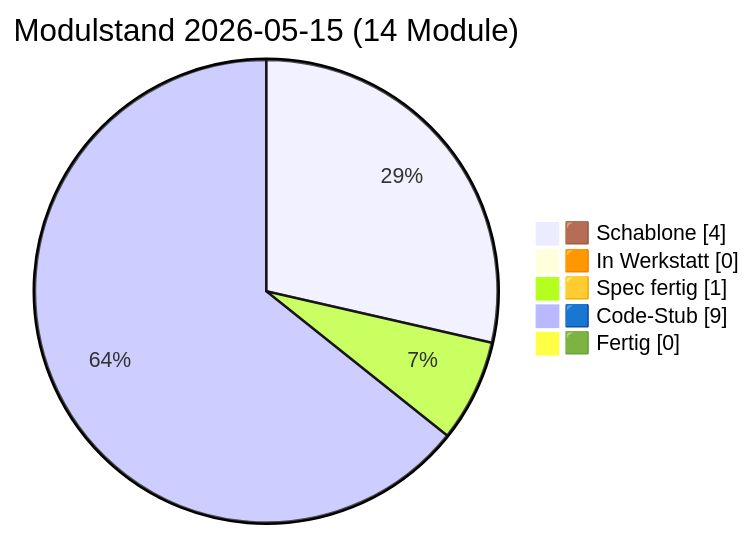
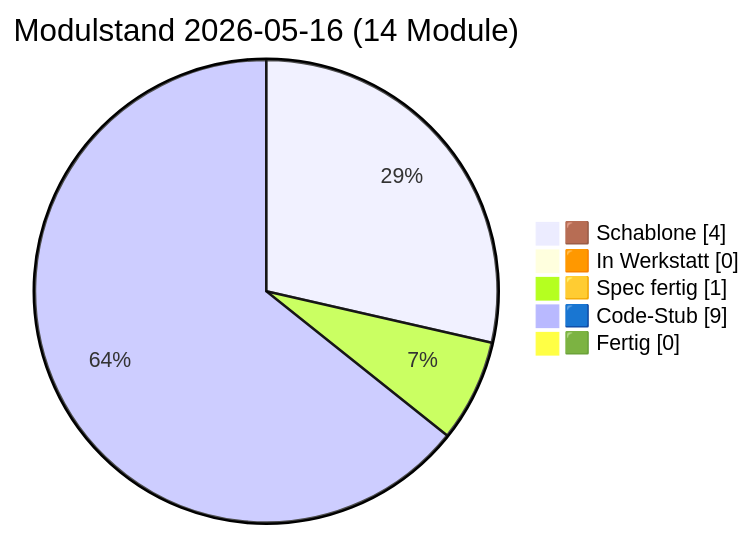
Before and after one commit to lausiklauskn-png/Sage-Protokol: the diagram in docs/PULS.md, drawn with Mermaid. The commit also changed other lines of this file and 2 other files, not shown here.

````diff
--- a/docs/PULS.md
+++ b/docs/PULS.md
@@ -16,9 +16,9 @@
 ```mermaid
 pie showData
-  title Modulstand 2026-05-15 (14 Module)
+  title Modulstand 2026-05-16 (14 Module)
   "🟫 Schablone" : 4
   "🟧 In Werkstatt" : 0
   "🟨 Spec fertig" : 1
   "🟦 Code-Stub" : 9
   "🟩 Fertig" : 0
 ```
````
